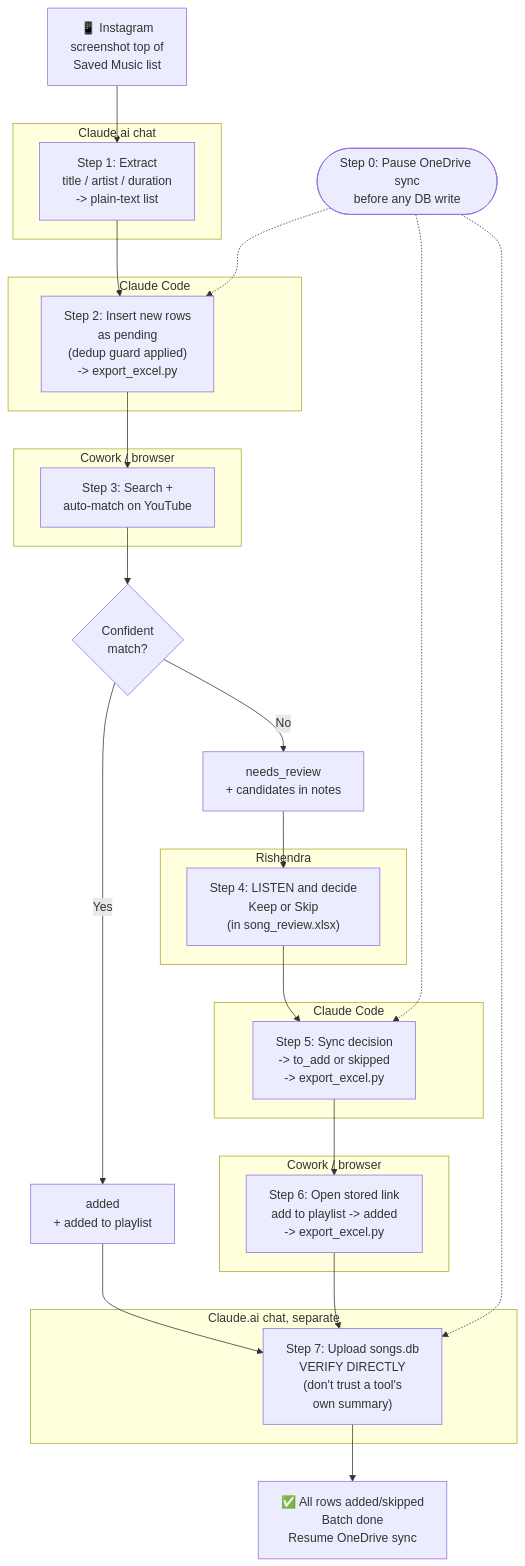
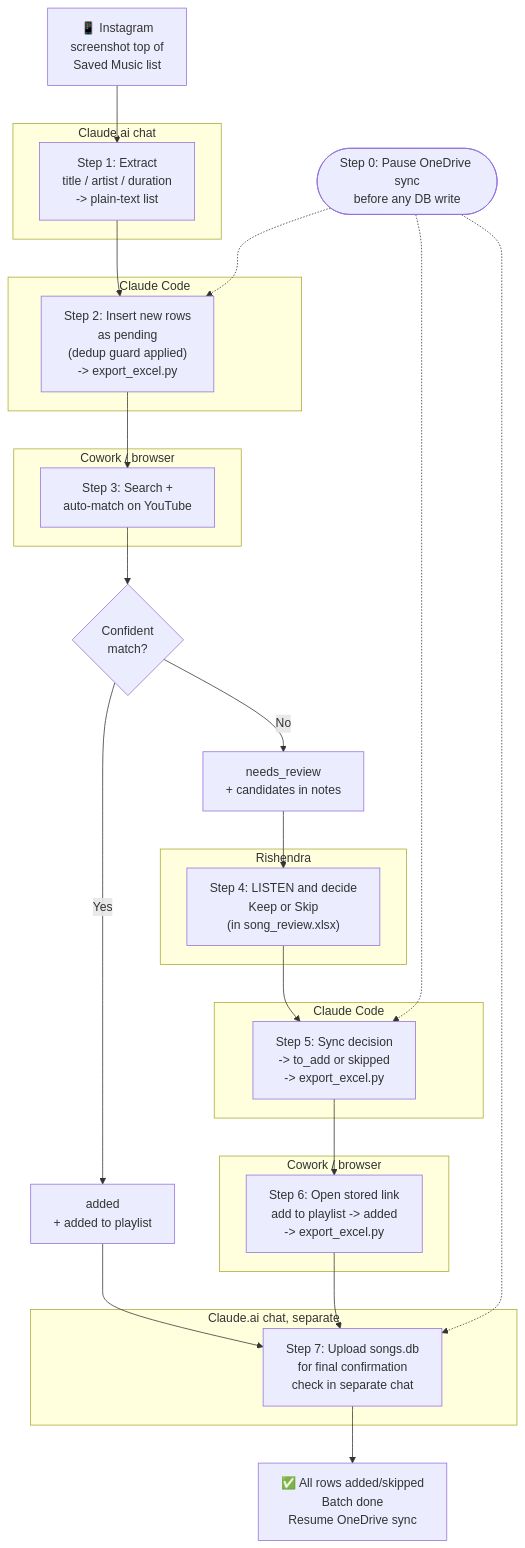
One commit to rishendra125/instagram_youtube_song_sync changed the diagram in PROJECT_STATE.md. Above: the diagram before and after it, drawn with Mermaid. The commit also changed other lines of this file and 1 other file, not shown here.

````diff
--- a/PROJECT_STATE.md
+++ b/PROJECT_STATE.md
@@ -23,55 +84,55 @@
 ```mermaid
 flowchart TD
     A["📱 Instagram<br/>screenshot top of<br/>Saved Music list"] --> B
 
     subgraph chat1[Claude.ai chat]
         B["Step 1: Extract<br/>title / artist / duration<br/>-> plain-text list"]
     end
 
     B --> C
 
     subgraph cc1[Claude Code]
         C["Step 2: Insert new rows<br/>as pending<br/>(dedup guard applied)<br/>-> export_excel.py"]
     end
 
     C --> D
 
     subgraph cw1[Cowork / browser]
         D["Step 3: Search +<br/>auto-match on YouTube"]
     end
 
     D --> E{Confident<br/>match?}
     E -->|Yes| F["added<br/>+ added to playlist"]
     E -->|No| G["needs_review<br/>+ candidates in notes"]
 
     G --> H
 
     subgraph human[Rishendra]
         H["Step 4: LISTEN and decide<br/>Keep or Skip<br/>(in song_review.xlsx)"]
     end
 
     H --> I
 
     subgraph cc2[Claude Code]
         I["Step 5: Sync decision<br/>-> to_add or skipped<br/>-> export_excel.py"]
     end
 
     I --> J
 
     subgraph cw2[Cowork / browser]
         J["Step 6: Open stored link<br/>add to playlist -> added<br/>-> export_excel.py"]
     end
 
     F --> K
     J --> K
 
     subgraph chat2[Claude.ai chat, separate]
-        K["Step 7: Upload songs.db<br/>VERIFY DIRECTLY<br/>(don't trust a tool's<br/>own summary)"]
+        K["Step 7: Upload songs.db<br/>for final confirmation<br/>check in separate chat"]
     end
 
     K --> L["✅ All rows added/skipped<br/>Batch done<br/>Resume OneDrive sync"]
 
     Z(["Step 0: Pause OneDrive sync<br/>before any DB write"]) -.-> C
     Z -.-> I
     Z -.-> K
 ```
````
